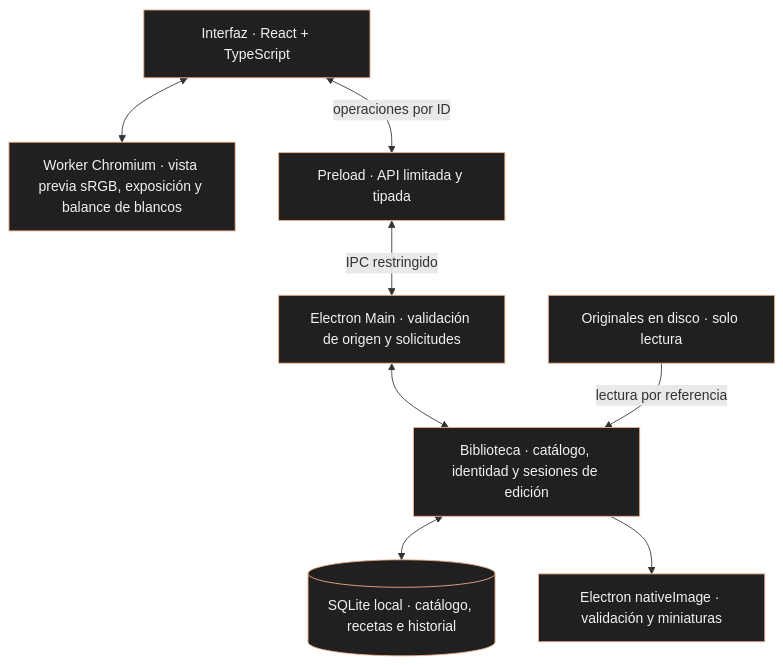
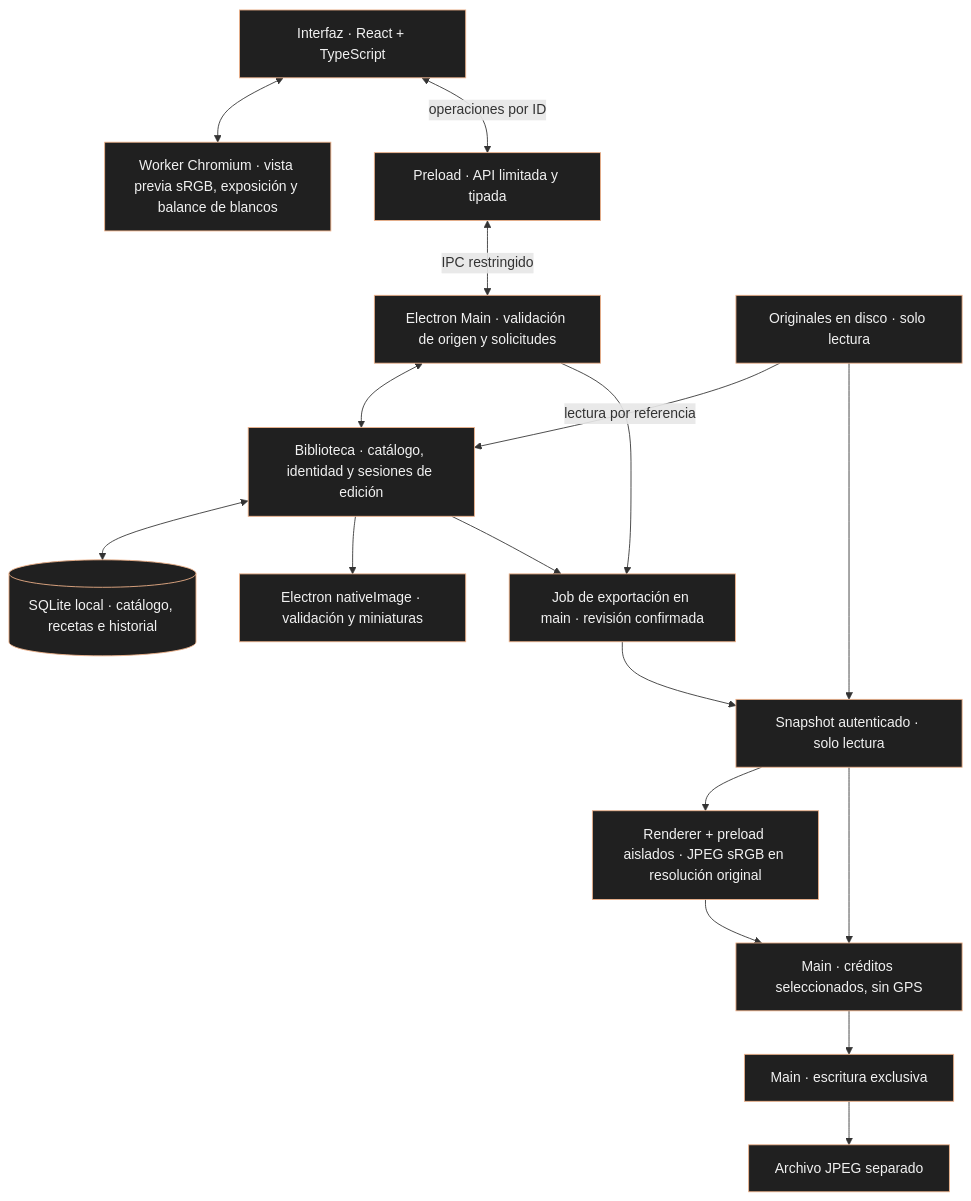
Before and after one commit to glaucia86/revelumo: the diagram in README.es.md, drawn with Mermaid. The commit also changed other lines of this file and 41 other files, not shown here.

````diff
--- a/README.es.md
+++ b/README.es.md
@@ -224,22 +228,38 @@
 ```mermaid
 flowchart TB
     UI["Interfaz · React + TypeScript"]
     EDIT["Worker Chromium · vista previa sRGB, exposición y balance de blancos"]
     PRE["Preload · API limitada y tipada"]
     MAIN["Electron Main · validación de origen y solicitudes"]
     LIB["Biblioteca · catálogo, identidad y sesiones de edición"]
     DB[("SQLite local · catálogo, recetas e historial")]
     DEC["Electron nativeImage · validación y miniaturas"]
     FILES["Originales en disco · solo lectura"]
 
     UI <--> EDIT
     UI <-->|"operaciones por ID"| PRE
     PRE <-->|"IPC restringido"| MAIN
     MAIN <--> LIB
     LIB <--> DB
     LIB --> DEC
     FILES -->|"lectura por referencia"| LIB
 
+    JOB["Job de exportación en main · revisión confirmada"]
+    SNAP["Snapshot autenticado · solo lectura"]
+    ENGINE["Renderer + preload aislados · JPEG sRGB en resolución original"]
+    META["Main · créditos seleccionados, sin GPS"]
+    WRITE["Main · escritura exclusiva"]
+    OUTPUT["Archivo JPEG separado"]
+    MAIN --> JOB
+    LIB --> JOB
+    JOB --> SNAP
+    FILES --> SNAP
+    SNAP --> ENGINE
+    SNAP --> META
+    ENGINE --> META
+    META --> WRITE
+    WRITE --> OUTPUT
+
     classDef local fill:#202020,stroke:#efb28a,color:#f1f1f1;
-    class UI,EDIT,PRE,MAIN,LIB,DB,DEC,FILES local;
+    class UI,EDIT,PRE,MAIN,LIB,DB,DEC,FILES,JOB,SNAP,ENGINE,META,WRITE,OUTPUT local;
 ```
````
